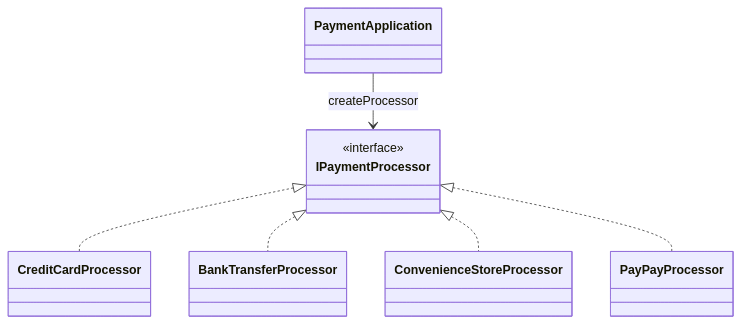
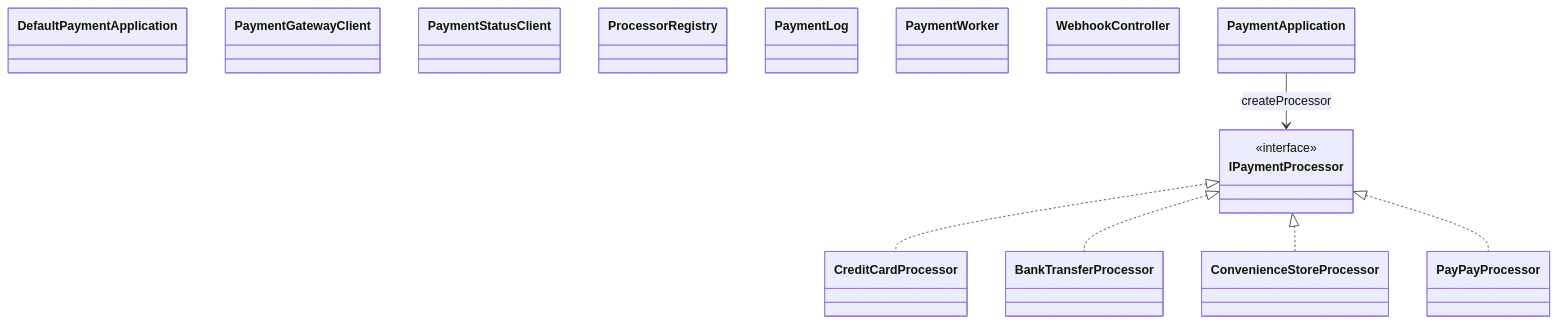
Before and after one commit to kumachan1101-pixel/DesignPattern: the ninth of 13 diagrams in kindle/design-patterns/output/chapter08.md, drawn with Mermaid. The commit also changed other lines of this file and 19 other files, not shown here.

````diff
--- a/kindle/design-patterns/output/chapter08.md
+++ b/kindle/design-patterns/output/chapter08.md
@@ -3206,14 +2752,21 @@
 ```mermaid
 classDiagram
+    class DefaultPaymentApplication
+    class PaymentGatewayClient
+    class PaymentStatusClient
+    class ProcessorRegistry
+    class PaymentLog
+    class PaymentWorker
+    class WebhookController
     class PaymentApplication
     class IPaymentProcessor { <<interface>> }
     class CreditCardProcessor
     class BankTransferProcessor
     class ConvenienceStoreProcessor
     class PayPayProcessor
     PaymentApplication --> IPaymentProcessor : createProcessor
     IPaymentProcessor <|.. CreditCardProcessor
     IPaymentProcessor <|.. BankTransferProcessor
     IPaymentProcessor <|.. ConvenienceStoreProcessor
     IPaymentProcessor <|.. PayPayProcessor
 ```
````
